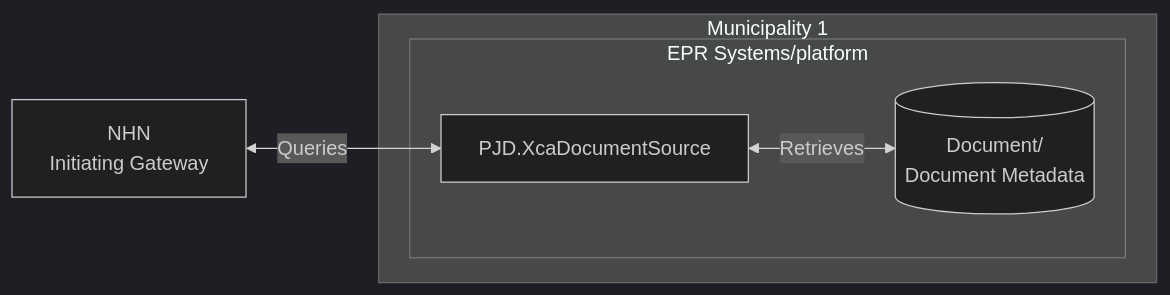
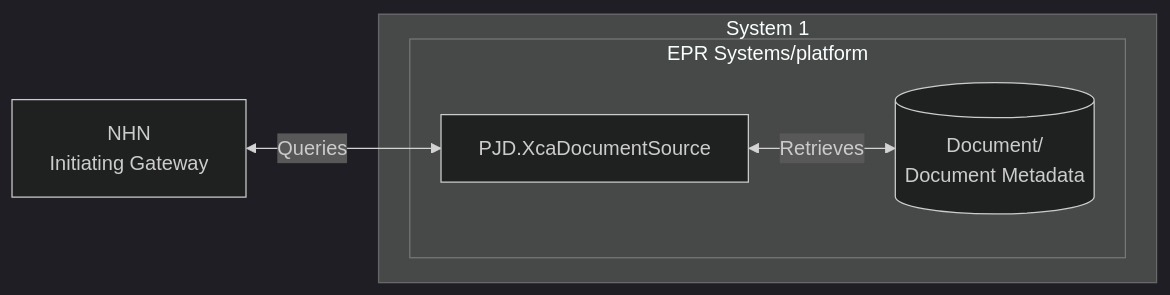
The first of 2 diagrams in Docs/UseCases.md (timmo-nhn/XcaDocumentSource), drawn with Mermaid before and after one commit. The commit also changed other lines of this file and 12 other files, not shown here.

````diff
--- a/Docs/UseCases.md
+++ b/Docs/UseCases.md
@@ -18,15 +18,15 @@
 ```mermaid
 %%{init: {'theme':'dark'}}%%
 flowchart LR
 
 nhnxca[NHN<br>Initiating Gateway]
 
-subgraph "Municipality 1"
+subgraph "System 1"
     subgraph "EPR Systems/platform"
         xcads[PJD.XcaDocumentSource]
         regrep[(Document/<br>Document Metadata)]
     end
 end
 
 nhnxca<--Queries-->xcads<--Retrieves-->regrep
 ```
````
